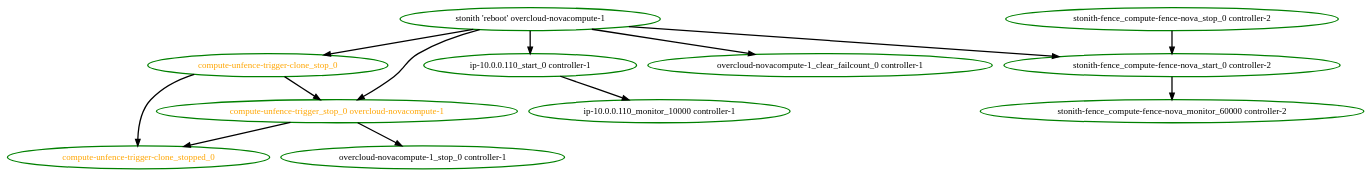
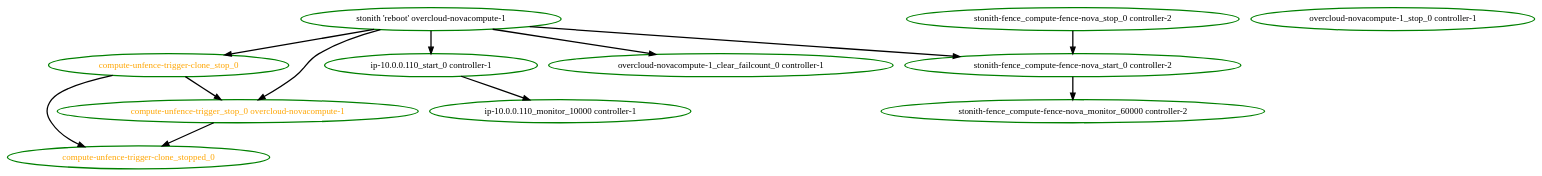
The diagram in cts/scheduler/order-expired-failure.dot (ClusterLabs/pacemaker), drawn with Graphviz before and after one commit. The commit also changed 17 other files, not shown here.

```diff
--- a/cts/scheduler/order-expired-failure.dot
+++ b/cts/scheduler/order-expired-failure.dot
@@ -1,25 +1,24 @@
 digraph "g" {
 "compute-unfence-trigger-clone_stop_0" -> "compute-unfence-trigger-clone_stopped_0" [ style = bold]
 "compute-unfence-trigger-clone_stop_0" -> "compute-unfence-trigger_stop_0 overcloud-novacompute-1" [ style = bold]
 "compute-unfence-trigger-clone_stop_0" [ style=bold color="green" fontcolor="orange"]
 "compute-unfence-trigger-clone_stopped_0" [ style=bold color="green" fontcolor="orange"]
 "compute-unfence-trigger_stop_0 overcloud-novacompute-1" -> "compute-unfence-trigger-clone_stopped_0" [ style = bold]
-"compute-unfence-trigger_stop_0 overcloud-novacompute-1" -> "overcloud-novacompute-1_stop_0 controller-1" [ style = bold]
 "compute-unfence-trigger_stop_0 overcloud-novacompute-1" [ style=bold color="green" fontcolor="orange"]
 "ip-10.0.0.110_monitor_10000 controller-1" [ style=bold color="green" fontcolor="black"]
 "ip-10.0.0.110_start_0 controller-1" -> "ip-10.0.0.110_monitor_10000 controller-1" [ style = bold]
 "ip-10.0.0.110_start_0 controller-1" [ style=bold color="green" fontcolor="black"]
 "overcloud-novacompute-1_clear_failcount_0 controller-1" [ style=bold color="green" fontcolor="black"]
 "overcloud-novacompute-1_stop_0 controller-1" [ style=bold color="green" fontcolor="black"]
 "stonith 'reboot' overcloud-novacompute-1" -> "compute-unfence-trigger-clone_stop_0" [ style = bold]
 "stonith 'reboot' overcloud-novacompute-1" -> "compute-unfence-trigger_stop_0 overcloud-novacompute-1" [ style = bold]
 "stonith 'reboot' overcloud-novacompute-1" -> "ip-10.0.0.110_start_0 controller-1" [ style = bold]
 "stonith 'reboot' overcloud-novacompute-1" -> "overcloud-novacompute-1_clear_failcount_0 controller-1" [ style = bold]
 "stonith 'reboot' overcloud-novacompute-1" -> "stonith-fence_compute-fence-nova_start_0 controller-2" [ style = bold]
 "stonith 'reboot' overcloud-novacompute-1" [ style=bold color="green" fontcolor="black"]
 "stonith-fence_compute-fence-nova_monitor_60000 controller-2" [ style=bold color="green" fontcolor="black"]
 "stonith-fence_compute-fence-nova_start_0 controller-2" -> "stonith-fence_compute-fence-nova_monitor_60000 controller-2" [ style = bold]
 "stonith-fence_compute-fence-nova_start_0 controller-2" [ style=bold color="green" fontcolor="black"]
 "stonith-fence_compute-fence-nova_stop_0 controller-2" -> "stonith-fence_compute-fence-nova_start_0 controller-2" [ style = bold]
 "stonith-fence_compute-fence-nova_stop_0 controller-2" [ style=bold color="green" fontcolor="black"]
 }
```
